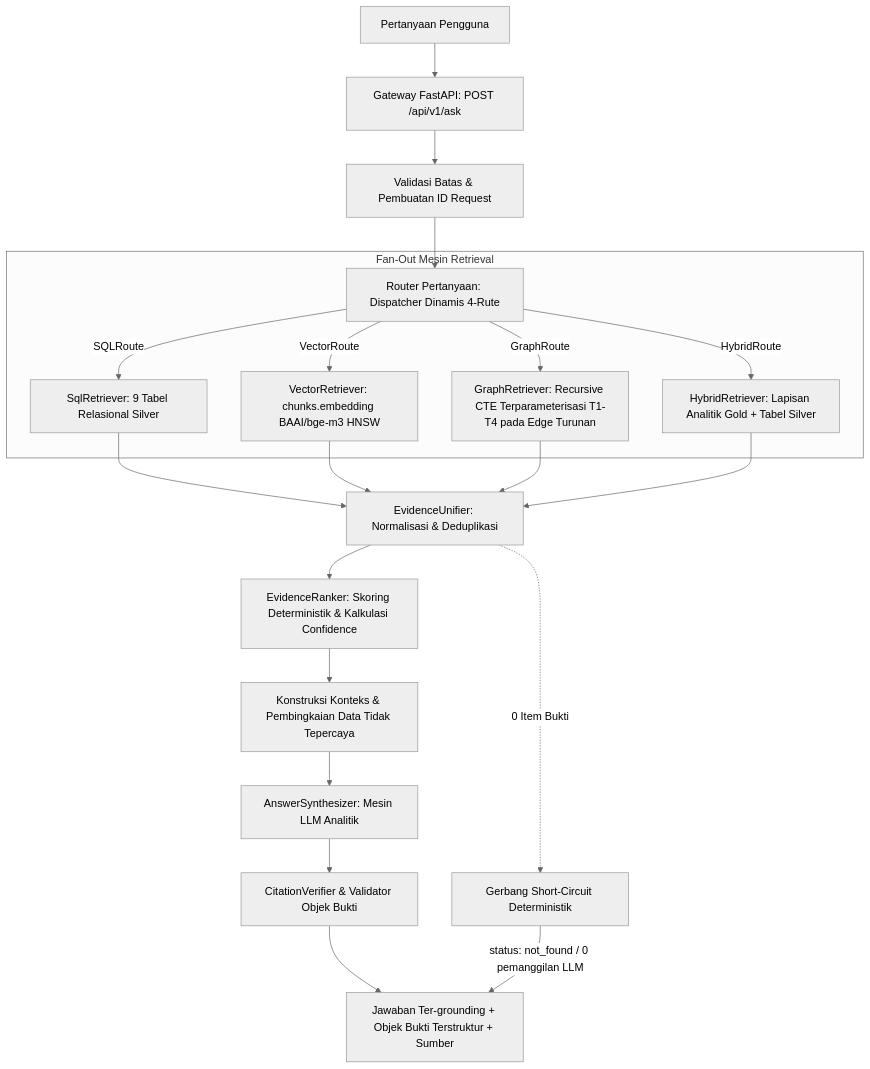
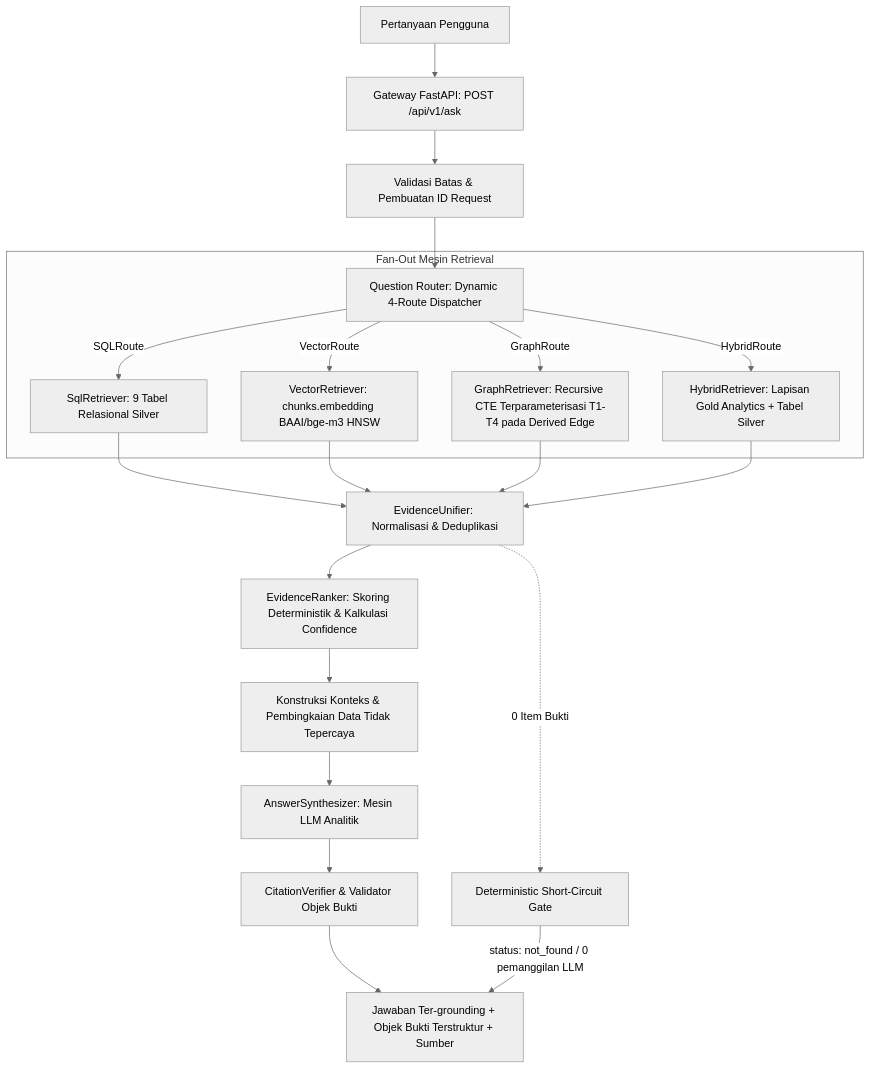
One commit to CodeByAbi/AI-Bibliometrics changed the diagram in docs/03 System Architecture.md. Above: the diagram before and after it, drawn with Mermaid (neutral theme). The commit also changed other lines of this file and 12 other files, not shown here.

````diff
--- a/docs/03 System Architecture.md
+++ b/docs/03 System Architecture.md
@@ -23,22 +22,22 @@
 ```mermaid
 flowchart TD
     UserQuestion[Pertanyaan Pengguna] --> APIGateway[Gateway FastAPI: POST /api/v1/ask]
     APIGateway --> BoundaryVal[Validasi Batas & Pembuatan ID Request]
-    BoundaryVal --> Router[Router Pertanyaan: Dispatcher Dinamis 4-Rute]
+    BoundaryVal --> Router[Question Router: Dynamic 4-Route Dispatcher]
     
     subgraph RetrievalEngine [Fan-Out Mesin Retrieval]
         Router -->|SQLRoute| SQLR[SqlRetriever: 9 Tabel Relasional Silver]
         Router -->|VectorRoute| VecR[VectorRetriever: chunks.embedding BAAI/bge-m3 HNSW]
-        Router -->|GraphRoute| GraphR[GraphRetriever: Recursive CTE Terparameterisasi T1-T4 pada Edge Turunan]
-        Router -->|HybridRoute| HybR[HybridRetriever: Lapisan Analitik Gold + Tabel Silver]
+        Router -->|GraphRoute| GraphR[GraphRetriever: Recursive CTE Terparameterisasi T1-T4 pada Derived Edge]
+        Router -->|HybridRoute| HybR[HybridRetriever: Lapisan Gold Analytics + Tabel Silver]
     end
     SQLR & VecR & GraphR & HybR --> Unifier[EvidenceUnifier: Normalisasi & Deduplikasi]
     Unifier --> Ranker[EvidenceRanker: Skoring Deterministik & Kalkulasi Confidence]
     Ranker --> Context[Konstruksi Konteks & Pembingkaian Data Tidak Tepercaya]
     Context --> Synth[AnswerSynthesizer: Mesin LLM Analitik]
     Synth --> Verifier[CitationVerifier & Validator Objek Bukti]
     Verifier --> Output[Jawaban Ter-grounding + Objek Bukti Terstruktur + Sumber]
 
-    Unifier -.->|0 Item Bukti| ShortCircuit[Gerbang Short-Circuit Deterministik]
+    Unifier -.->|0 Item Bukti| ShortCircuit[Deterministic Short-Circuit Gate]
     ShortCircuit -->|status: not_found / 0 pemanggilan LLM| Output
 ```
````
